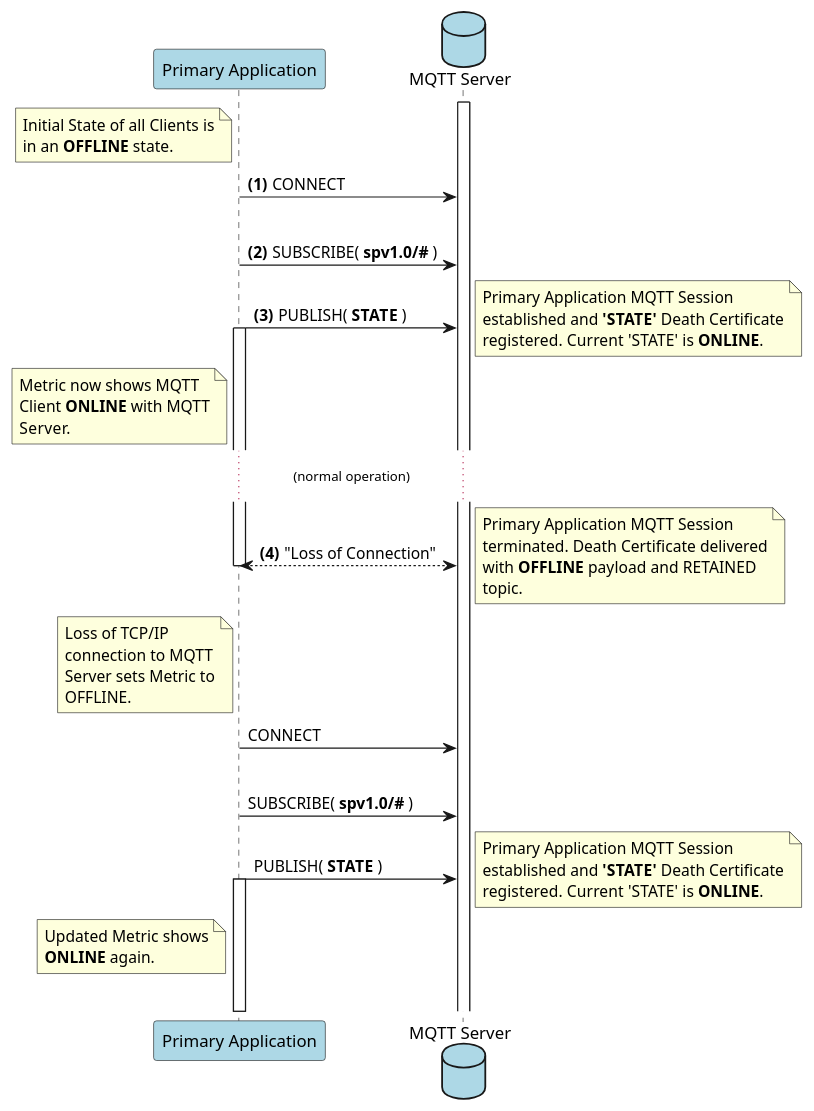
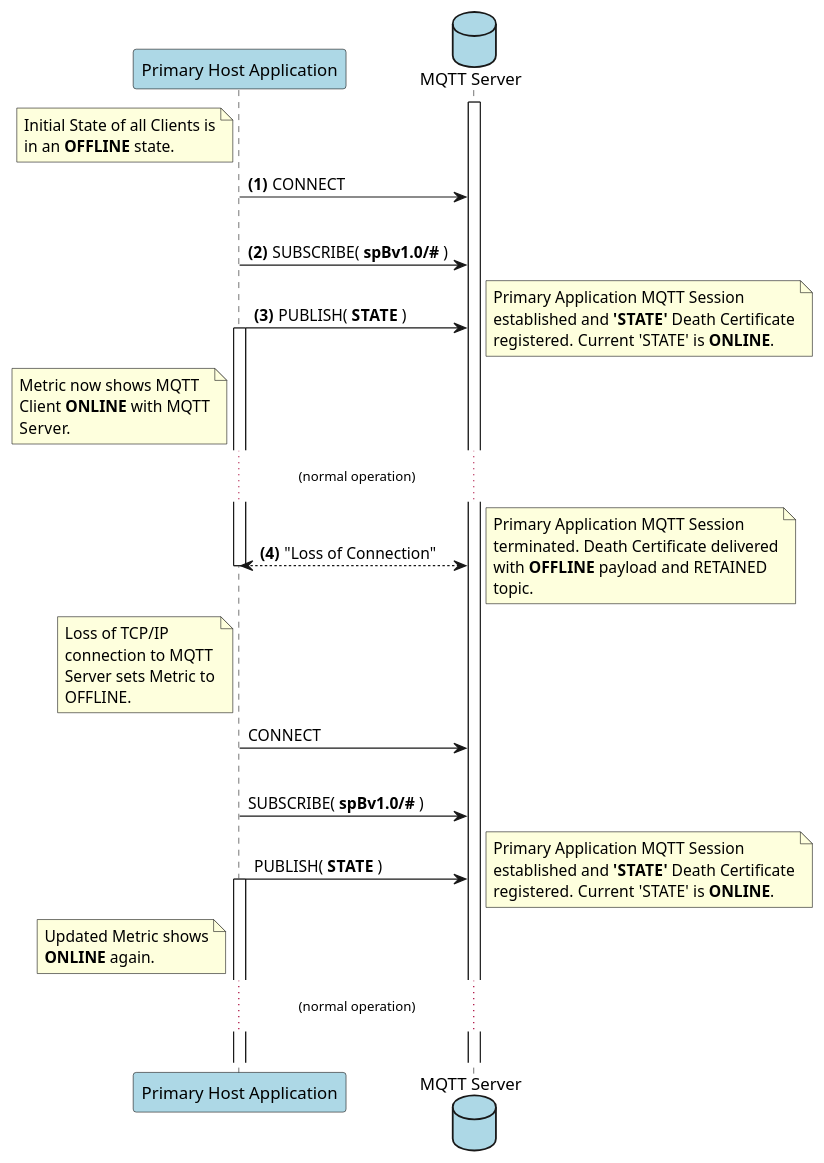
One commit to eclipse-sparkplug/sparkplug changed the diagram in specification/src/main/asciidoc/assets/plantuml/host-session-establishment.puml. Above: the diagram before and after it, drawn with PlantUML. The commit also changed 6 other files, not shown here.

```diff
--- a/specification/src/main/asciidoc/assets/plantuml/host-session-establishment.puml
+++ b/specification/src/main/asciidoc/assets/plantuml/host-session-establishment.puml
@@ -1,80 +1,82 @@
 @startuml
-participant "Primary Application" as PrimApp #lightblue
+participant "Primary Host Application" as PrimApp #lightblue
 database "MQTT Server" as Server #lightblue
 
 activate Server
 
 
 note left of PrimApp
 Initial State of all Clients is
 in an **OFFLINE** state.
 end note
 
 autonumber 1 "<b>(#)"
 PrimApp -> Server : CONNECT
 
 |||
-PrimApp -> Server : SUBSCRIBE( **spv1.0/#** )
+PrimApp -> Server : SUBSCRIBE( **spBv1.0/#** )
 
 
 PrimApp -> Server : PUBLISH( **STATE** )
 activate PrimApp
 
 note right
 Primary Application MQTT Session
 established and **'STATE'** Death Certificate
 registered. Current 'STATE' is **ONLINE**.
 end note
 
 
 note left of PrimApp
 Metric now shows MQTT
 Client **ONLINE** with MQTT
 Server.
 end note
 
 ... (normal operation) ...
 
 
 PrimApp <--> Server : "Loss of Connection"
 autonumber stop
 
 note left of PrimApp
 Loss of TCP/IP
 connection to MQTT
 Server sets Metric to
 OFFLINE.
 end note
 
 deactivate PrimApp
 
 note right
 Primary Application MQTT Session
 terminated. Death Certificate delivered
 with **OFFLINE** payload and RETAINED
 topic.
 end note
 
 PrimApp -> Server : CONNECT
 
 |||
 
-PrimApp -> Server : SUBSCRIBE( **spv1.0/#** )
+PrimApp -> Server : SUBSCRIBE( **spBv1.0/#** )
 
 PrimApp -> Server : PUBLISH( **STATE** )
 activate PrimApp
 
 note right
 Primary Application MQTT Session
 established and **'STATE'** Death Certificate
 registered. Current 'STATE' is **ONLINE**.
 end note
 
 
 note left of PrimApp
 Updated Metric shows
 **ONLINE** again.
 end note
 
+... (normal operation) ...
+
 |||
 @enduml
```
